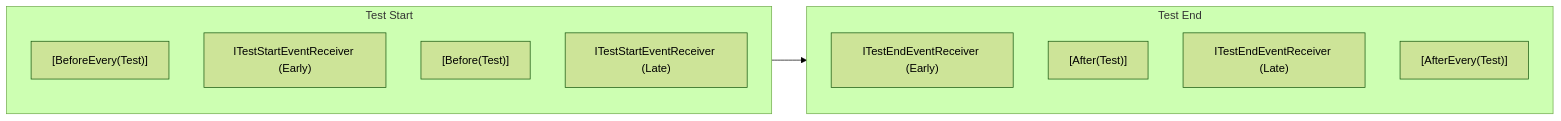
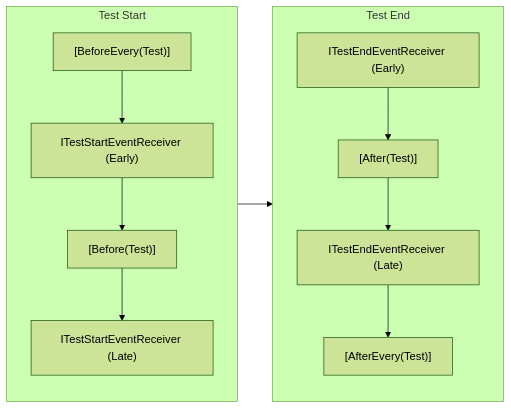
One commit to thomhurst/TUnit changed the tenth of 10 diagrams in docs/docs/writing-tests/lifecycle.md. Above: the diagram before and after it, drawn with Mermaid (forest theme). The commit also changed other lines of this file and 2 other files, not shown here.

First line of the commit message:
fix(docs): make Mermaid lifecycle diagrams readable

````diff
--- a/docs/docs/writing-tests/lifecycle.md
+++ b/docs/docs/writing-tests/lifecycle.md
@@ -322,18 +300,22 @@
 ```mermaid
 flowchart LR
     subgraph TestStart["Test Start"]
+        direction TB
         A1["[BeforeEvery(Test)]"]
         A2["ITestStartEventReceiver (Early)"]
         A3["[Before(Test)]"]
         A4["ITestStartEventReceiver (Late)"]
+        A1 --> A2 --> A3 --> A4
     end
 
     subgraph TestEnd["Test End"]
+        direction TB
         B1["ITestEndEventReceiver (Early)"]
         B2["[After(Test)]"]
         B3["ITestEndEventReceiver (Late)"]
         B4["[AfterEvery(Test)]"]
+        B1 --> B2 --> B3 --> B4
     end
 
     TestStart --> TestEnd
 ```
````
